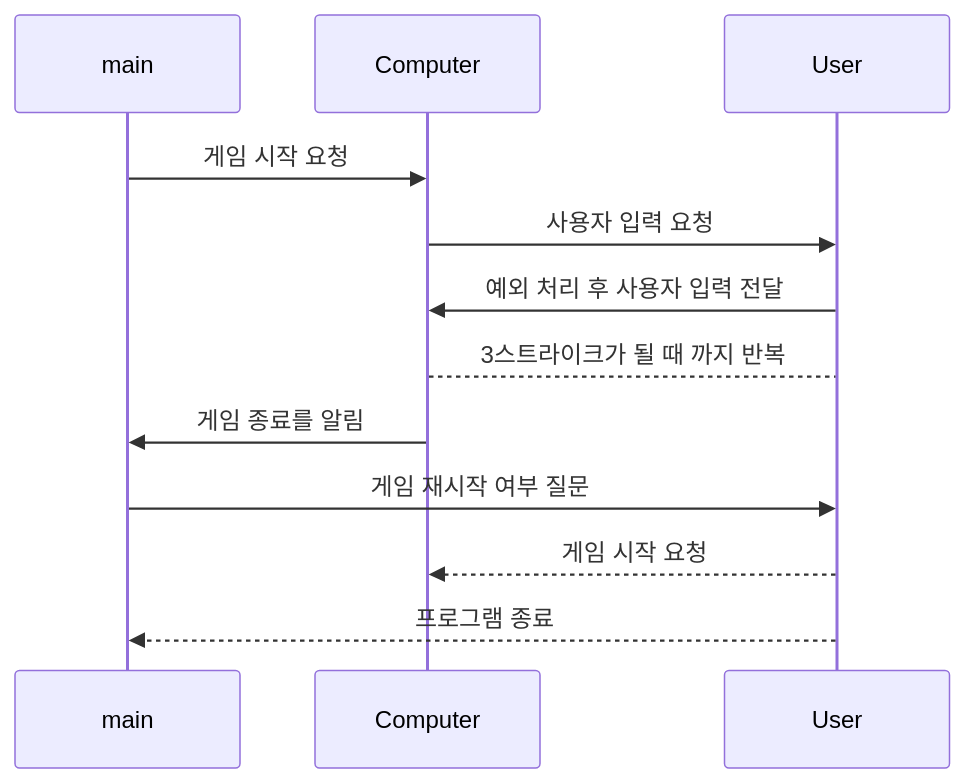
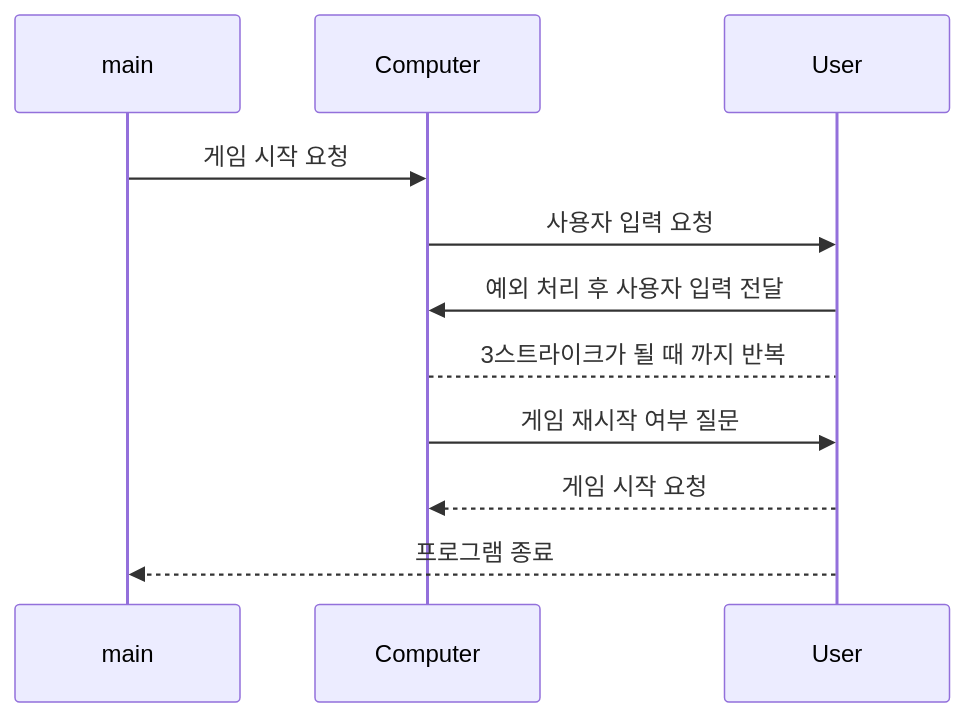
One commit to woowacourse-precourse/kotlin-baseball-6 changed the diagram in docs/Readme.md. Above: the diagram before and after it, drawn with Mermaid.

````diff
--- a/docs/Readme.md
+++ b/docs/Readme.md
@@ -34,11 +34,10 @@
 ```mermaid
 sequenceDiagram
 main ->> Computer: 게임 시작 요청
 Computer->>User: 사용자 입력 요청
 User->> Computer: 예외 처리 후 사용자 입력 전달
 Computer-->User: 3스트라이크가 될 때 까지 반복
-Computer->> main: 게임 종료를 알림
-main->> User: 게임 재시작 여부 질문
+Computer->> User: 게임 재시작 여부 질문
 User-->> Computer: 게임 시작 요청
 User-->> main: 프로그램 종료
 ```
````
